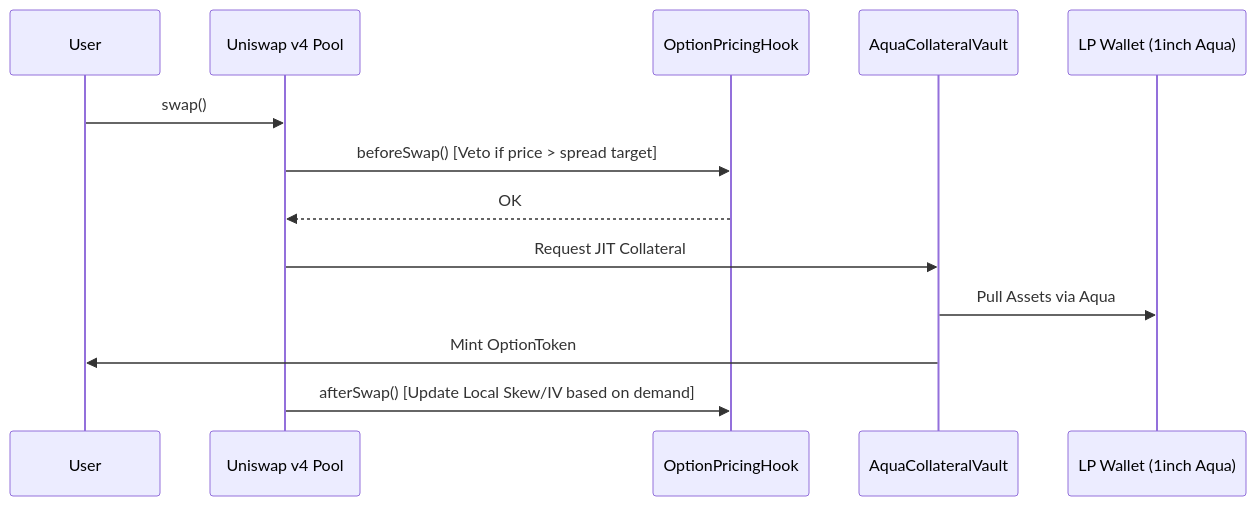
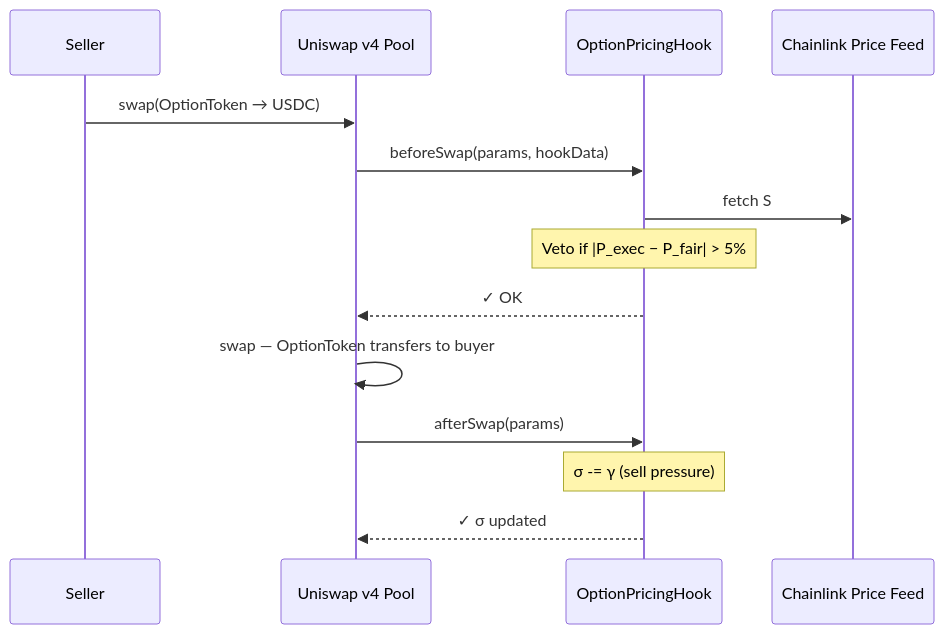
The fourth of 5 diagrams in README.md (oslinin/Smile), drawn with Mermaid before and after one commit. The commit also changed other lines of this file and 1 other file, not shown here.

````diff
--- a/README.md
+++ b/README.md
@@ -130,16 +175,17 @@
 ```mermaid
 sequenceDiagram
-    participant User
+    participant Seller
     participant Pool as Uniswap v4 Pool
     participant Hook as OptionPricingHook
-    participant Vault as AquaCollateralVault
-    participant LP as LP Wallet (1inch Aqua)
+    participant Oracle as Chainlink Price Feed
 
-    User->>Pool: swap()
-    Pool->>Hook: beforeSwap() [Veto if price > spread target]
-    Hook-->>Pool: OK
-    Pool->>Vault: Request JIT Collateral
-    Vault->>LP: Pull Assets via Aqua
-    Vault->>User: Mint OptionToken
-    Pool->>Hook: afterSwap() [Update Local Skew/IV based on demand]
+    Seller->>Pool: swap(OptionToken → USDC)
+    Pool->>Hook: beforeSwap(params, hookData)
+    Hook->>Oracle: fetch S
+    Note over Hook: Veto if |P_exec − P_fair| > 5%
+    Hook-->>Pool: ✓ OK
+    Pool->>Pool: swap — OptionToken transfers to buyer
+    Pool->>Hook: afterSwap(params)
+    Note over Hook: σ -= γ (sell pressure)
+    Hook-->>Pool: ✓ σ updated
 ```
````
